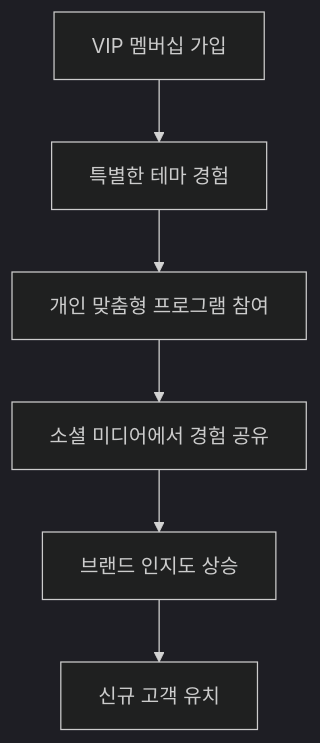
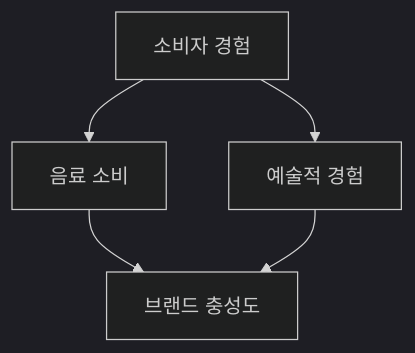
One commit to meandfree23/cd_planner changed the third of 7 diagrams in reports/칠아웃_하이엔드_스파_메타포_시뮬레이션.md. Above: the diagram before and after it, drawn with Mermaid (dark theme). The commit also changed other lines of this file and 2 other files, not shown here.

````diff
--- a/reports/칠아웃_하이엔드_스파_메타포_시뮬레이션.md
+++ b/reports/칠아웃_하이엔드_스파_메타포_시뮬레이션.md
@@ -138,8 +135,7 @@
 ```mermaid
-graph TD
-    A[VIP 멤버십 가입] --> B[특별한 테마 경험]
-    B --> C[개인 맞춤형 프로그램 참여]
-    C --> D[소셜 미디어에서 경험 공유]
-    D --> E[브랜드 인지도 상승]
-    E --> F[신규 고객 유치]
+graph TD;
+    A[소비자 경험] --> B[음료 소비]
+    A --> C[예술적 경험]
+    B --> D[브랜드 충성도]
+    C --> D
 ```
````
